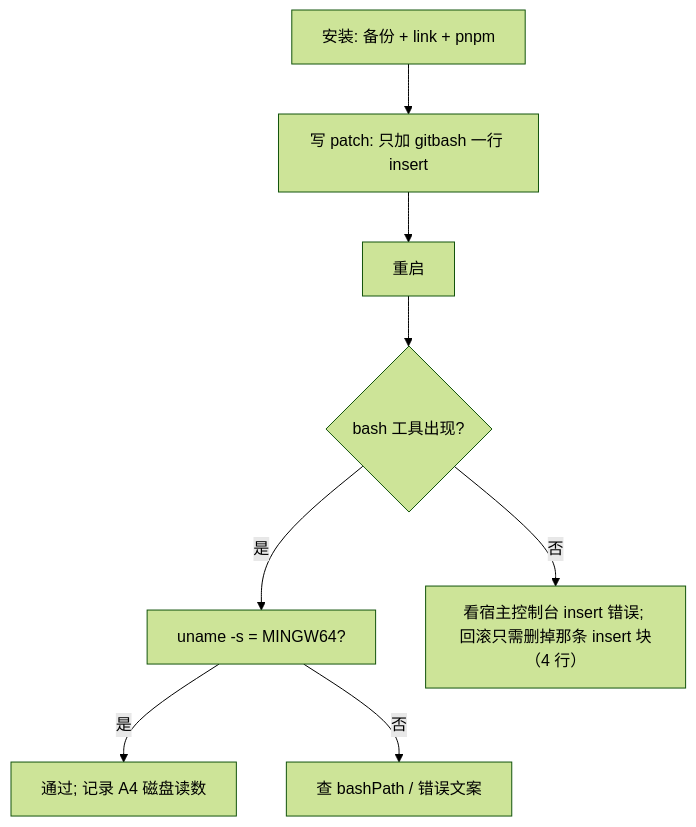
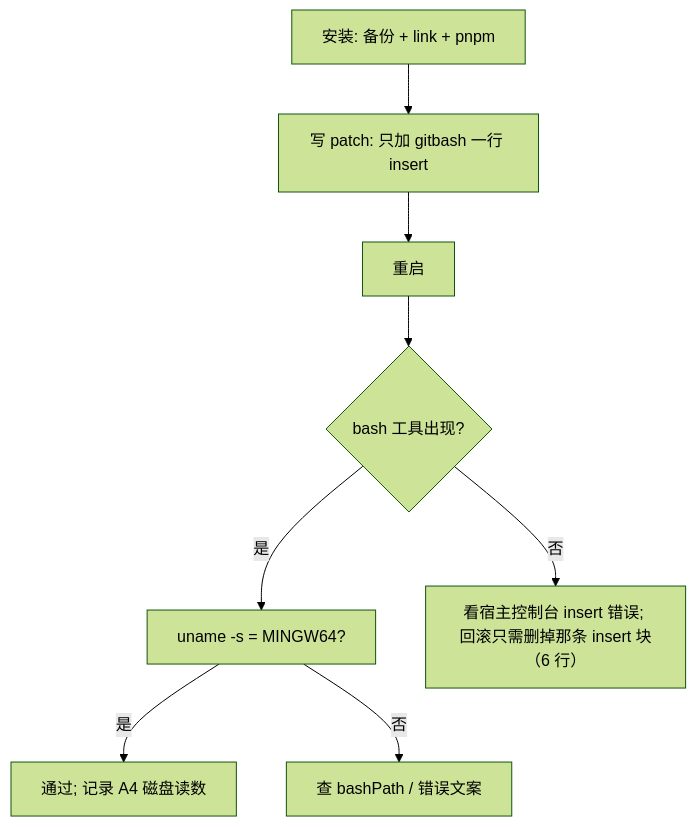
The diagram in docs/design.md (shenhuanageshei/dsh-gitbash), drawn with Mermaid (forest theme) before and after one commit. The commit also changed other lines of this file and 7 other files, not shown here.

````diff
--- a/docs/design.md
+++ b/docs/design.md
@@ -124,10 +159,10 @@
 ```mermaid
 flowchart TD
   A[安装: 备份 + link + pnpm] --> B[写 patch: 只加 gitbash 一行 insert]
   B --> C[重启]
   C --> D{bash 工具出现?}
   D -- 是 --> E[uname -s = MINGW64?]
   E -- 是 --> F[通过; 记录 A4 磁盘读数]
   E -- 否 --> G[查 bashPath / 错误文案]
-  D -- 否 --> H[看宿主控制台 insert 错误; 回滚只需删掉那条 insert 块（4 行）]
+  D -- 否 --> H[看宿主控制台 insert 错误; 回滚只需删掉那条 insert 块（6 行）]
 ```
````
